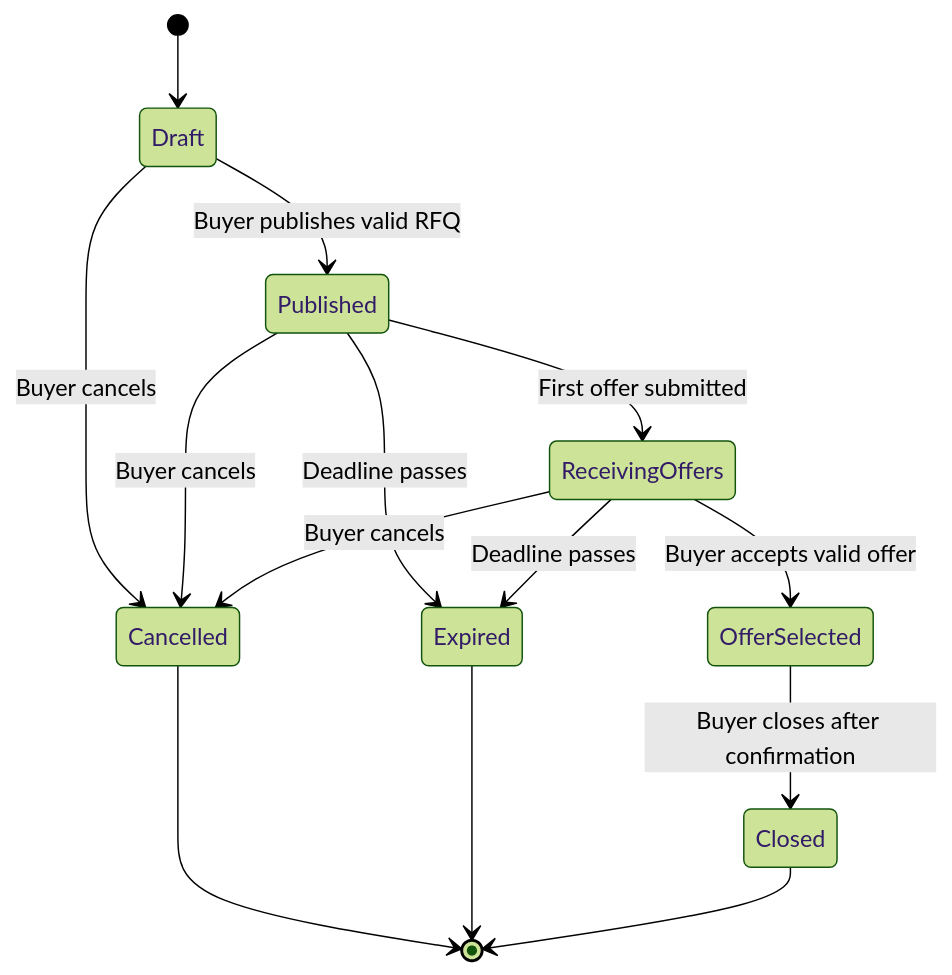
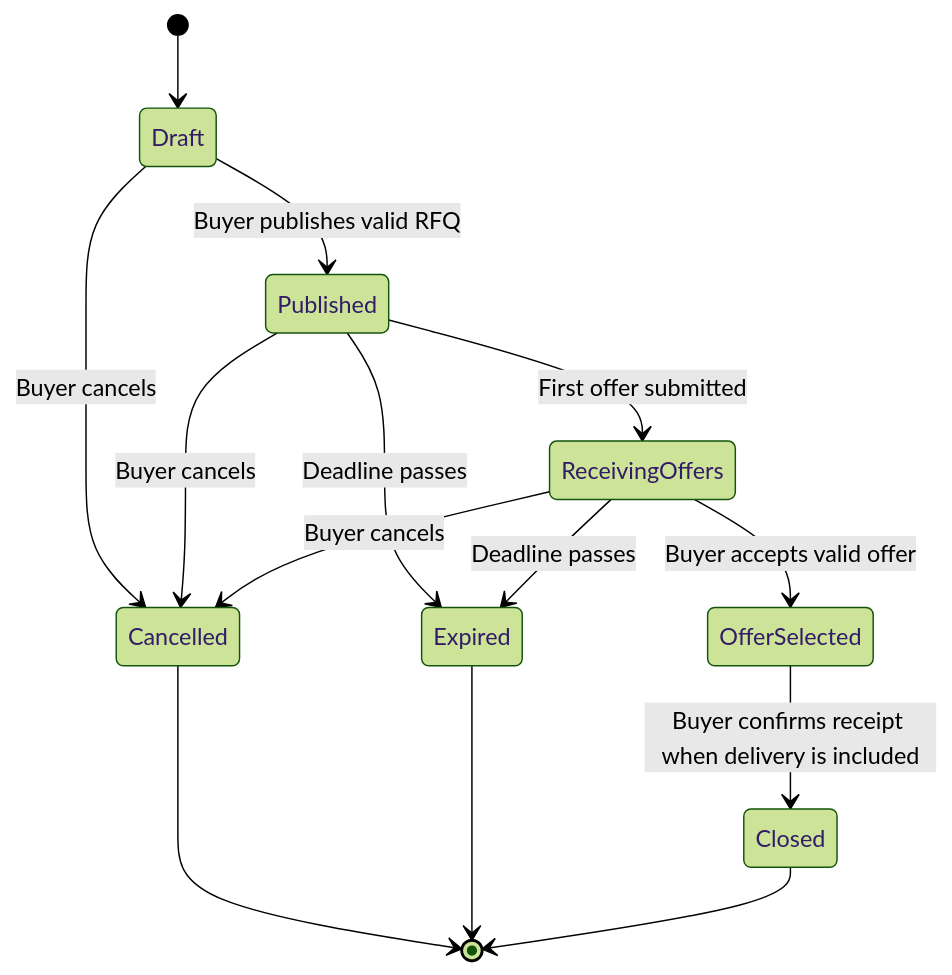
The first of 6 diagrams in docs/architecture/state-diagrams.md (john4ani/rfq-marketplace), drawn with Mermaid (forest theme) before and after one commit. The commit also changed other lines of this file and 64 other files, not shown here.

Commit message:
Complete MVP hardening and delivery confirmation

````diff
--- a/docs/architecture/state-diagrams.md
+++ b/docs/architecture/state-diagrams.md
@@ -7,16 +7,16 @@
 ```mermaid
 stateDiagram-v2
     [*] --> Draft
     Draft --> Published: Buyer publishes valid RFQ
     Draft --> Cancelled: Buyer cancels
     Published --> ReceivingOffers: First offer submitted
     Published --> Cancelled: Buyer cancels
     Published --> Expired: Deadline passes
     ReceivingOffers --> OfferSelected: Buyer accepts valid offer
     ReceivingOffers --> Cancelled: Buyer cancels
     ReceivingOffers --> Expired: Deadline passes
-    OfferSelected --> Closed: Buyer closes after confirmation
+    OfferSelected --> Closed: Buyer confirms receipt when delivery is included
     Cancelled --> [*]
     Expired --> [*]
     Closed --> [*]
 ```
````
